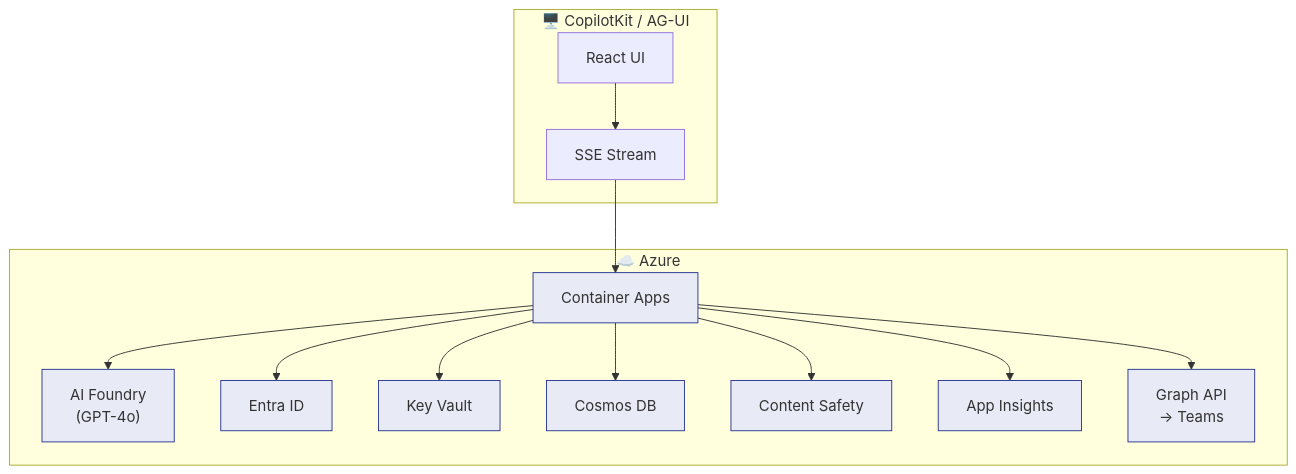
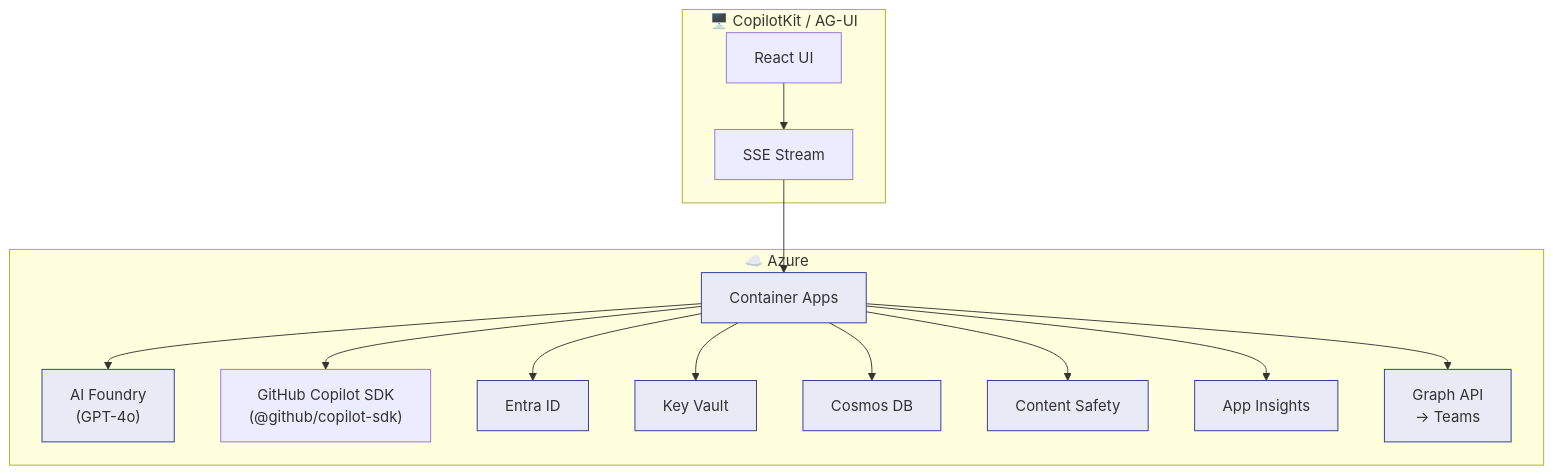
Before and after one commit to yjcmsft/Secure-Enterprise-Browser-Agentic-System: the diagram in README.md, drawn with Mermaid. The commit also changed other lines of this file, not shown here.

First line of the commit message:
docs: update README with GitHub Copilot SDK integration

````diff
--- a/README.md
+++ b/README.md
@@ -202,18 +209,19 @@
 ```mermaid
 flowchart TB
     subgraph Frontend["🖥️ CopilotKit / AG-UI"]
         UI["React UI"] --> SSE["SSE Stream"]
     end
     subgraph Azure["☁️ Azure"]
         CA["Container Apps"] --> Foundry["AI Foundry\n(GPT-4o)"]
+        CA --> CopilotSDK["GitHub Copilot SDK\n(@github/copilot-sdk)"]
         CA --> Entra["Entra ID"]
         CA --> KV["Key Vault"]
         CA --> Cosmos["Cosmos DB"]
         CA --> AI["Content Safety"]
         CA --> Insights["App Insights"]
         CA --> Graph["Graph API\n→ Teams"]
     end
     SSE --> CA
     classDef azure fill:#E8EAF6,stroke:#283593
     class CA,Foundry,Entra,KV,Cosmos,AI,Insights,Graph azure
 ```
````
